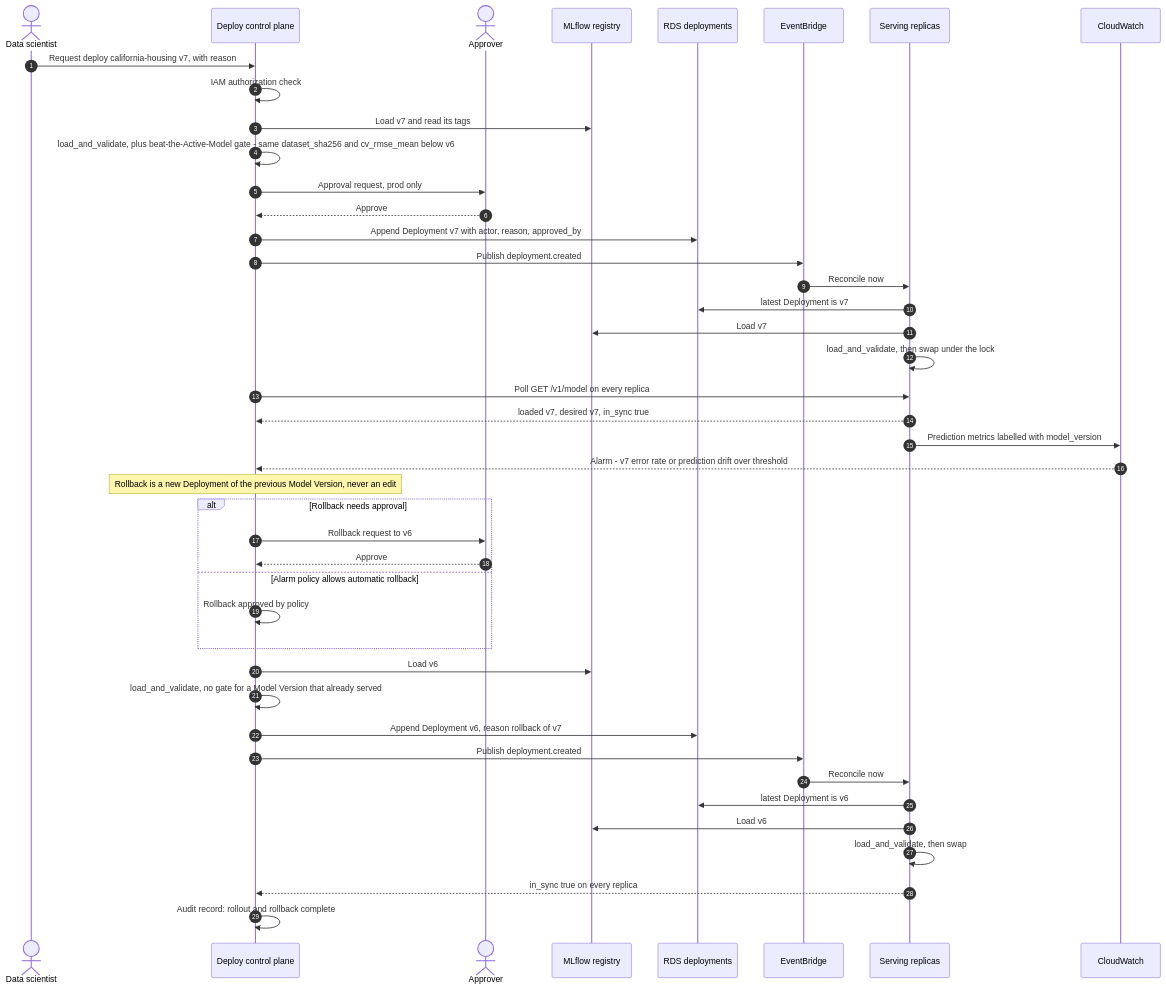
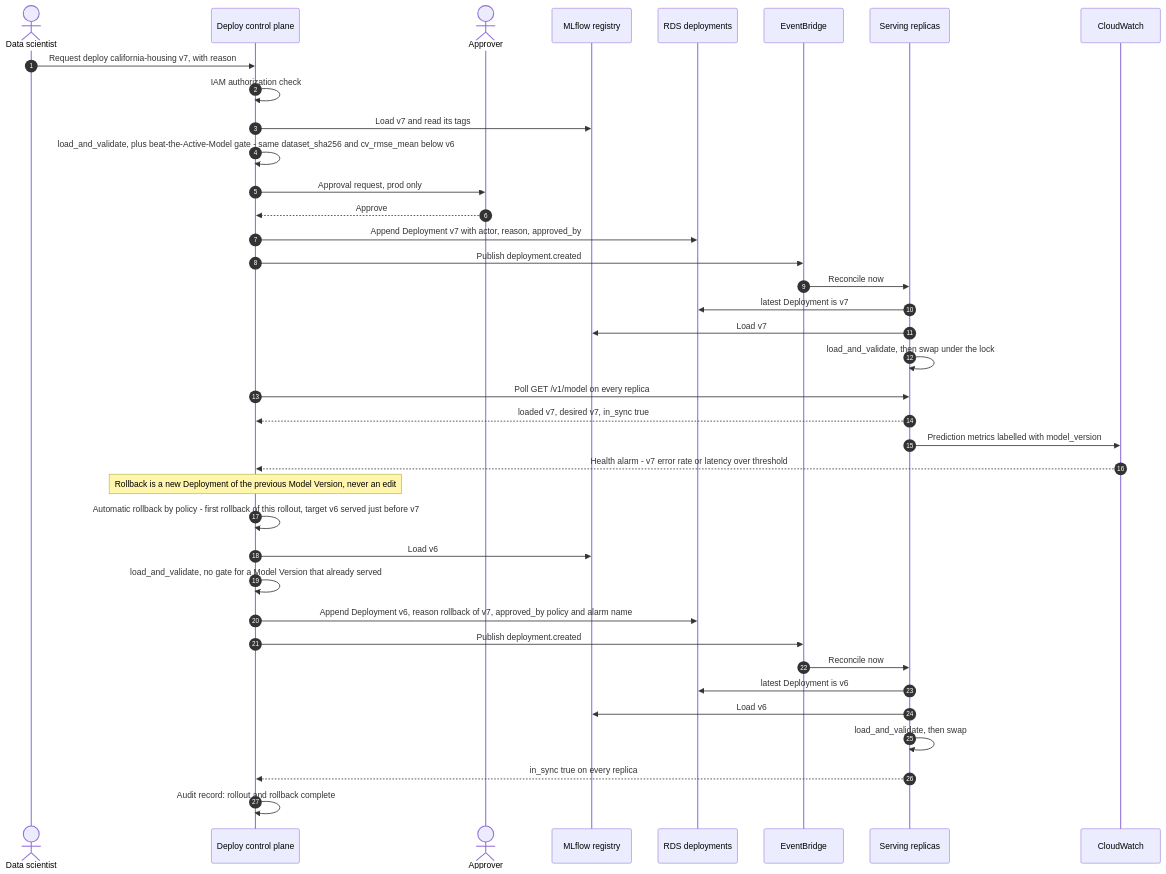
One commit to spagnoloe/ml-experimentation-platform changed the second of 2 diagrams in docs/architecture-production.md. Above: the diagram before and after it, drawn with Mermaid. The commit also changed other lines of this file, not shown here.

Commit message:
docs: Make rollback on health alarms automatic
The rollout diagram showed both an approval branch and an automatic branch
for rollback without saying which applied. Health alarms now roll back
automatically, once per rollout and only to the version that served just
before. Drift alarms go to a person, since rolling back rarely fixes drift.

````diff
--- a/docs/architecture-production.md
+++ b/docs/architecture-production.md
@@ -90,46 +90,41 @@
 ```mermaid
 sequenceDiagram
   autonumber
   actor DS as Data scientist
   participant CP as Deploy control plane
   actor AP as Approver
   participant MLF as MLflow registry
   participant DB as RDS deployments
   participant EB as EventBridge
   participant R as Serving replicas
   participant CW as CloudWatch
 
   DS->>CP: Request deploy california-housing v7, with reason
   CP->>CP: IAM authorization check
   CP->>MLF: Load v7 and read its tags
   CP->>CP: load_and_validate, plus beat-the-Active-Model gate - same dataset_sha256 and cv_rmse_mean below v6
   CP->>AP: Approval request, prod only
   AP-->>CP: Approve
   CP->>DB: Append Deployment v7 with actor, reason, approved_by
   CP->>EB: Publish deployment.created
   EB->>R: Reconcile now
   R->>DB: latest Deployment is v7
   R->>MLF: Load v7
   R->>R: load_and_validate, then swap under the lock
   CP->>R: Poll GET /v1/model on every replica
   R-->>CP: loaded v7, desired v7, in_sync true
   R->>CW: Prediction metrics labelled with model_version
-  CW-->>CP: Alarm - v7 error rate or prediction drift over threshold
+  CW-->>CP: Health alarm - v7 error rate or latency over threshold
   Note over CP: Rollback is a new Deployment of the previous Model Version, never an edit
-  alt Rollback needs approval
-    CP->>AP: Rollback request to v6
-    AP-->>CP: Approve
-  else Alarm policy allows automatic rollback
-    CP->>CP: Rollback approved by policy
-  end
+  CP->>CP: Automatic rollback by policy - first rollback of this rollout, target v6 served just before v7
   CP->>MLF: Load v6
   CP->>CP: load_and_validate, no gate for a Model Version that already served
-  CP->>DB: Append Deployment v6, reason rollback of v7
+  CP->>DB: Append Deployment v6, reason rollback of v7, approved_by policy and alarm name
   CP->>EB: Publish deployment.created
   EB->>R: Reconcile now
   R->>DB: latest Deployment is v6
   R->>MLF: Load v6
   R->>R: load_and_validate, then swap
   R-->>CP: in_sync true on every replica
   CP->>CP: Audit record: rollout and rollback complete
 ```
````
